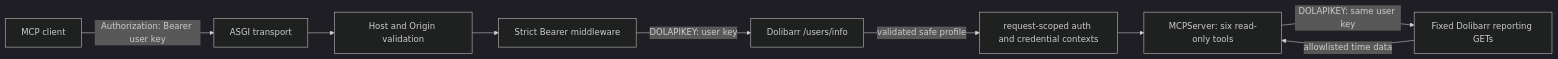
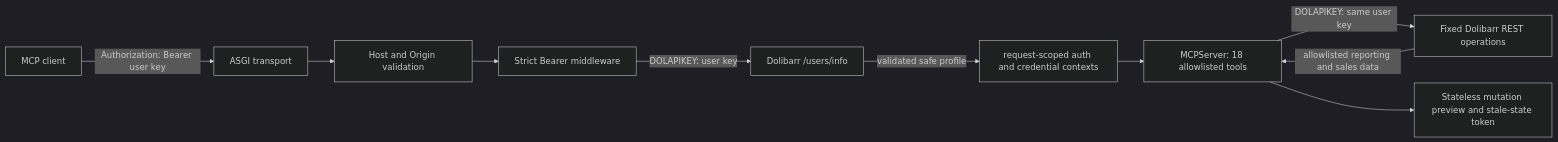
Before and after one commit to TestMasterAmberteam/dolibarr-mcp-server: the diagram in README.md, drawn with Mermaid (dark theme). The commit also changed other lines of this file and 21 other files, not shown here.

````diff
--- a/README.md
+++ b/README.md
@@ -26,11 +29,12 @@
 ```mermaid
 flowchart LR
     C[MCP client] -->|Authorization: Bearer user key| A[ASGI transport]
     A --> H[Host and Origin validation]
     H --> B[Strict Bearer middleware]
     B -->|DOLAPIKEY: user key| D[Dolibarr /users/info]
     D -->|validated safe profile| X[request-scoped auth and credential contexts]
-    X --> M[MCPServer: six read-only tools]
-    M -->|DOLAPIKEY: same user key| R[Fixed Dolibarr reporting GETs]
-    R -->|allowlisted time data| M
+    X --> M[MCPServer: 18 allowlisted tools]
+    M -->|DOLAPIKEY: same user key| R[Fixed Dolibarr REST operations]
+    R -->|allowlisted reporting and sales data| M
+    M --> P[Stateless mutation preview and stale-state token]
 ```
````
